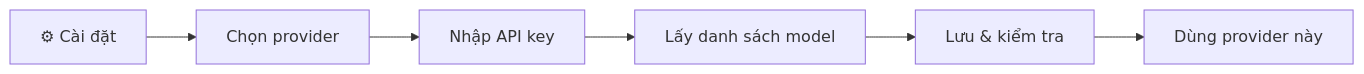
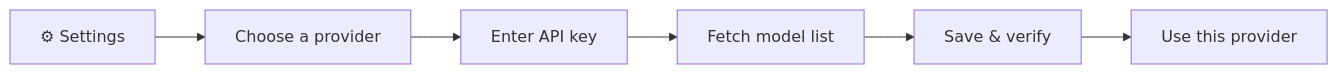
One commit to hienct-fpt/personal-brain changed the fourth of 4 diagrams in README.md. Above: the diagram before and after it, drawn with Mermaid. The commit also changed other lines of this file and 11 other files, not shown here.

````diff
--- a/README.md
+++ b/README.md
@@ -156,4 +160,4 @@
 ```mermaid
 flowchart LR
-  A["⚙ Cài đặt"] --> B["Chọn provider"] --> C["Nhập API key"] --> D["Lấy danh sách model"] --> E["Lưu & kiểm tra"] --> F["Dùng provider này"]
+  A["⚙ Settings"] --> B["Choose a provider"] --> C["Enter API key"] --> D["Fetch model list"] --> E["Save & verify"] --> F["Use this provider"]
 ```
````
